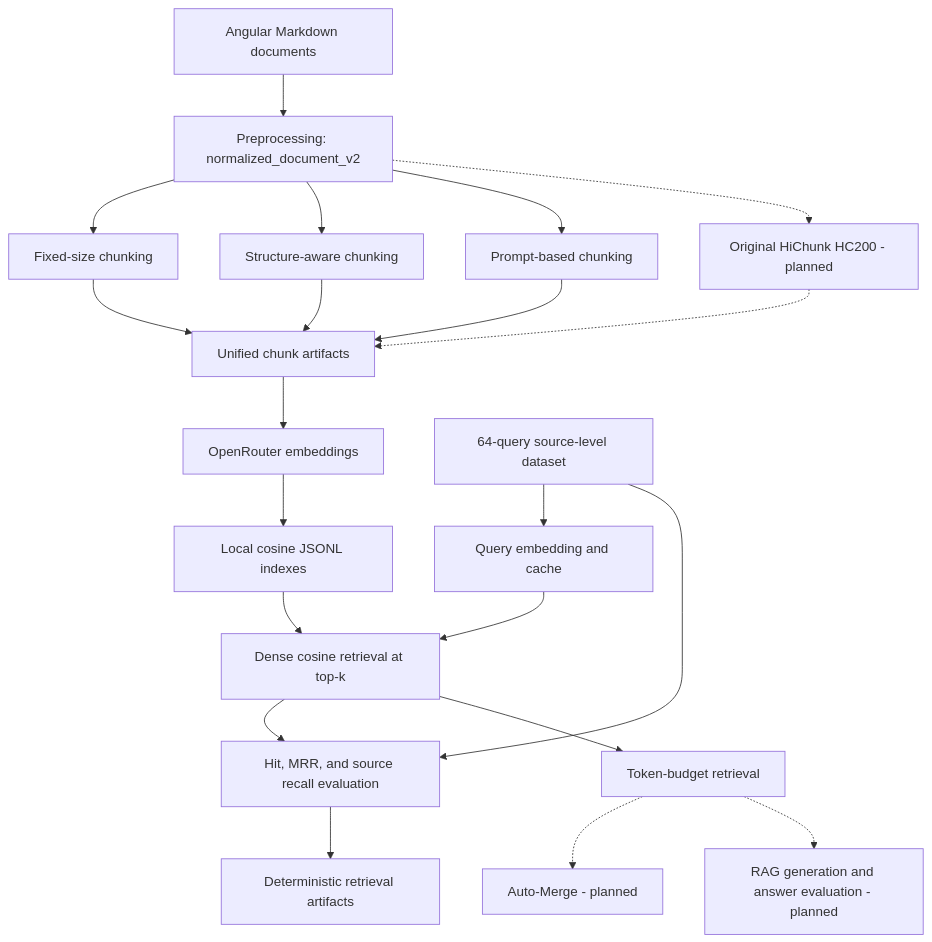
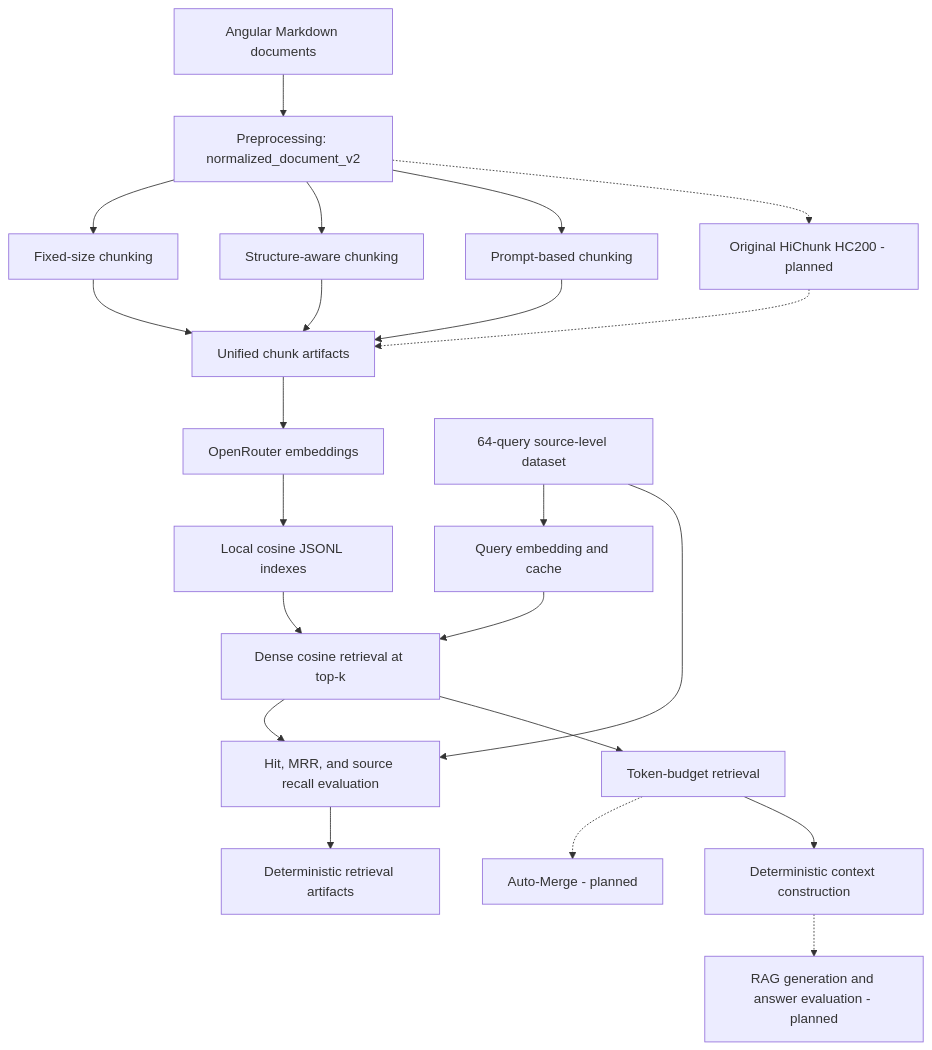
The diagram in README.md (binhminh28/nlp-final-project-rag-v2), drawn with Mermaid before and after one commit. The commit also changed other lines of this file and 5 other files, not shown here.

Commit message:
feat: Implement deterministic context construction and associated models for retrieval hits

````diff
--- a/README.md
+++ b/README.md
@@ -34,28 +35,29 @@
 ```mermaid
 flowchart TD
     DOCS["Angular Markdown documents"] --> PRE["Preprocessing: normalized_document_v2"]
 
     PRE --> FIXED["Fixed-size chunking"]
     PRE --> STRUCTURE["Structure-aware chunking"]
     PRE --> PROMPT["Prompt-based chunking"]
 
     FIXED --> CHUNKS["Unified chunk artifacts"]
     STRUCTURE --> CHUNKS
     PROMPT --> CHUNKS
 
     CHUNKS --> EMBED["OpenRouter embeddings"]
     EMBED --> INDEX["Local cosine JSONL indexes"]
 
     DATASET["64-query source-level dataset"] --> QUERY["Query embedding and cache"]
     QUERY --> SEARCH["Dense cosine retrieval at top-k"]
     INDEX --> SEARCH
     SEARCH --> EVAL["Hit, MRR, and source recall evaluation"]
     DATASET --> EVAL
     EVAL --> RESULTS["Deterministic retrieval artifacts"]
 
     PRE -.-> HICHUNK["Original HiChunk HC200 - planned"]
     HICHUNK -.-> CHUNKS
     SEARCH --> BUDGET["Token-budget retrieval"]
     BUDGET -.-> AUTOMERGE["Auto-Merge - planned"]
-    BUDGET -.-> RAG["RAG generation and answer evaluation - planned"]
+    BUDGET --> CONTEXT["Deterministic context construction"]
+    CONTEXT -.-> RAG["RAG generation and answer evaluation - planned"]
 ```
````
